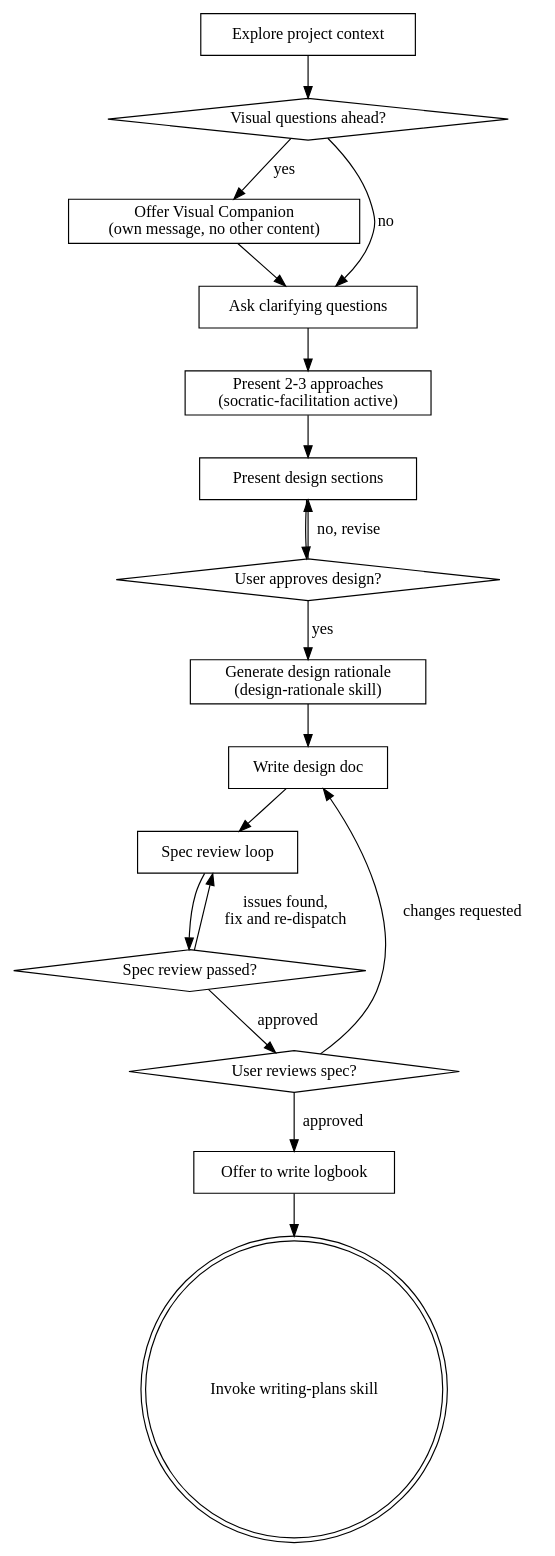
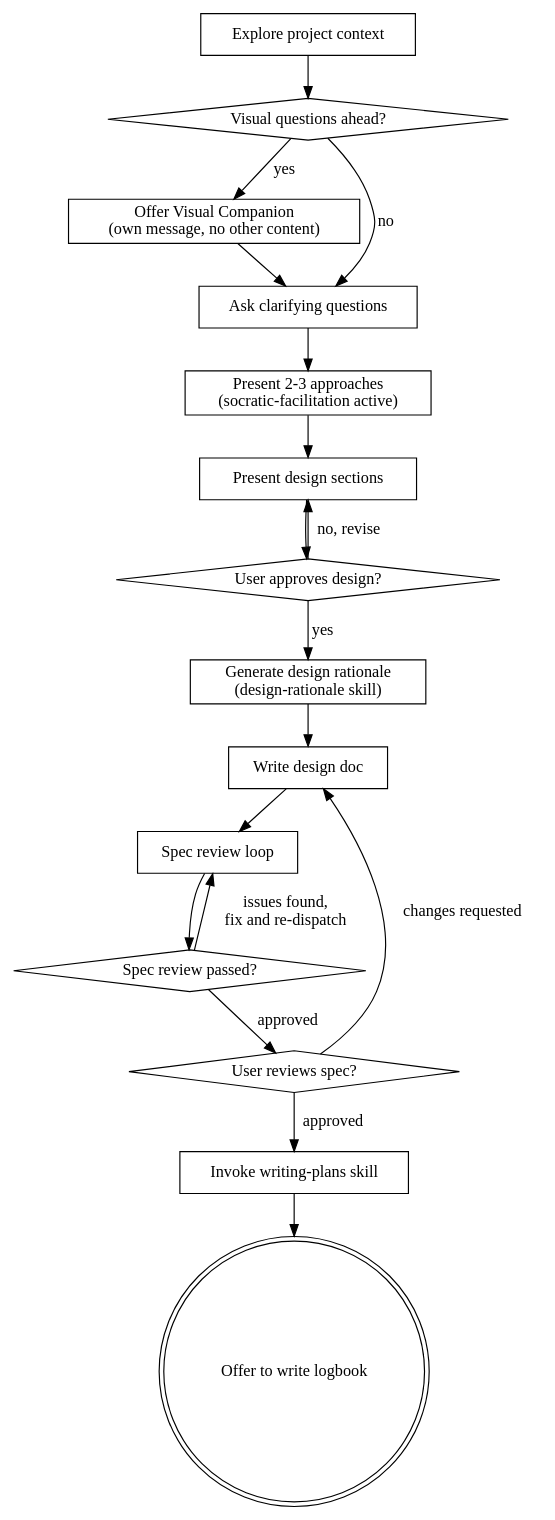
One commit to bneko-app/superpowers changed the diagram in skills/brainstorming/SKILL.md. Above: the diagram before and after it, drawn with Graphviz. The commit also changed other lines of this file and 2 other files, not shown here.

Commit message:
feat: move logbook at end of brainstorming flow. Add hooks

````diff
--- a/skills/brainstorming/SKILL.md
+++ b/skills/brainstorming/SKILL.md
@@ -38,36 +38,36 @@
 ```dot
 digraph brainstorming {
     "Explore project context" [shape=box];
     "Visual questions ahead?" [shape=diamond];
     "Offer Visual Companion\n(own message, no other content)" [shape=box];
     "Ask clarifying questions" [shape=box];
     "Present 2-3 approaches\n(socratic-facilitation active)" [shape=box];
     "Present design sections" [shape=box];
     "User approves design?" [shape=diamond];
     "Generate design rationale\n(design-rationale skill)" [shape=box];
     "Write design doc" [shape=box];
     "Spec review loop" [shape=box];
     "Spec review passed?" [shape=diamond];
     "User reviews spec?" [shape=diamond];
-    "Offer to write logbook" [shape=box];
-    "Invoke writing-plans skill" [shape=doublecircle];
+    "Invoke writing-plans skill" [shape=box];
+    "Offer to write logbook" [shape=doublecircle];
 
     "Explore project context" -> "Visual questions ahead?";
     "Visual questions ahead?" -> "Offer Visual Companion\n(own message, no other content)" [label="yes"];
     "Visual questions ahead?" -> "Ask clarifying questions" [label="no"];
     "Offer Visual Companion\n(own message, no other content)" -> "Ask clarifying questions";
     "Ask clarifying questions" -> "Present 2-3 approaches\n(socratic-facilitation active)";
     "Present 2-3 approaches\n(socratic-facilitation active)" -> "Present design sections";
     "Present design sections" -> "User approves design?";
     "User approves design?" -> "Present design sections" [label="no, revise"];
     "User approves design?" -> "Generate design rationale\n(design-rationale skill)" [label="yes"];
     "Generate design rationale\n(design-rationale skill)" -> "Write design doc";
     "Write design doc" -> "Spec review loop";
     "Spec review loop" -> "Spec review passed?";
     "Spec review passed?" -> "Spec review loop" [label="issues found,\nfix and re-dispatch"];
     "Spec review passed?" -> "User reviews spec?" [label="approved"];
     "User reviews spec?" -> "Write design doc" [label="changes requested"];
-    "User reviews spec?" -> "Offer to write logbook" [label="approved"];
-    "Offer to write logbook" -> "Invoke writing-plans skill";
+    "User reviews spec?" -> "Invoke writing-plans skill" [label="approved"];
+    "Invoke writing-plans skill" -> "Offer to write logbook";
 }
 ```
````
